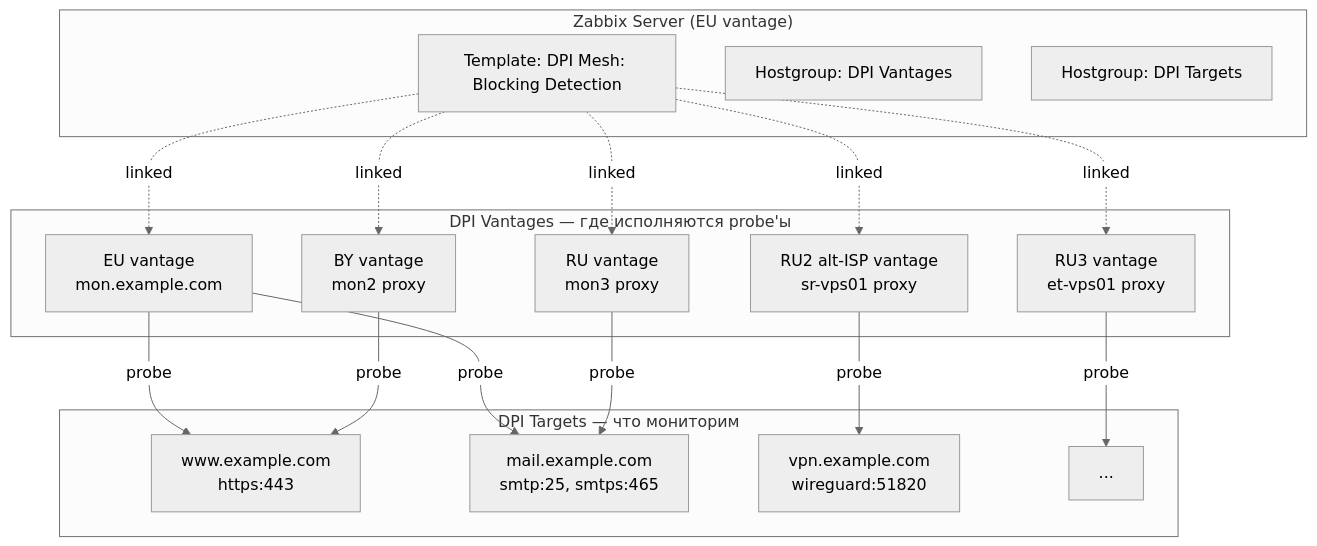
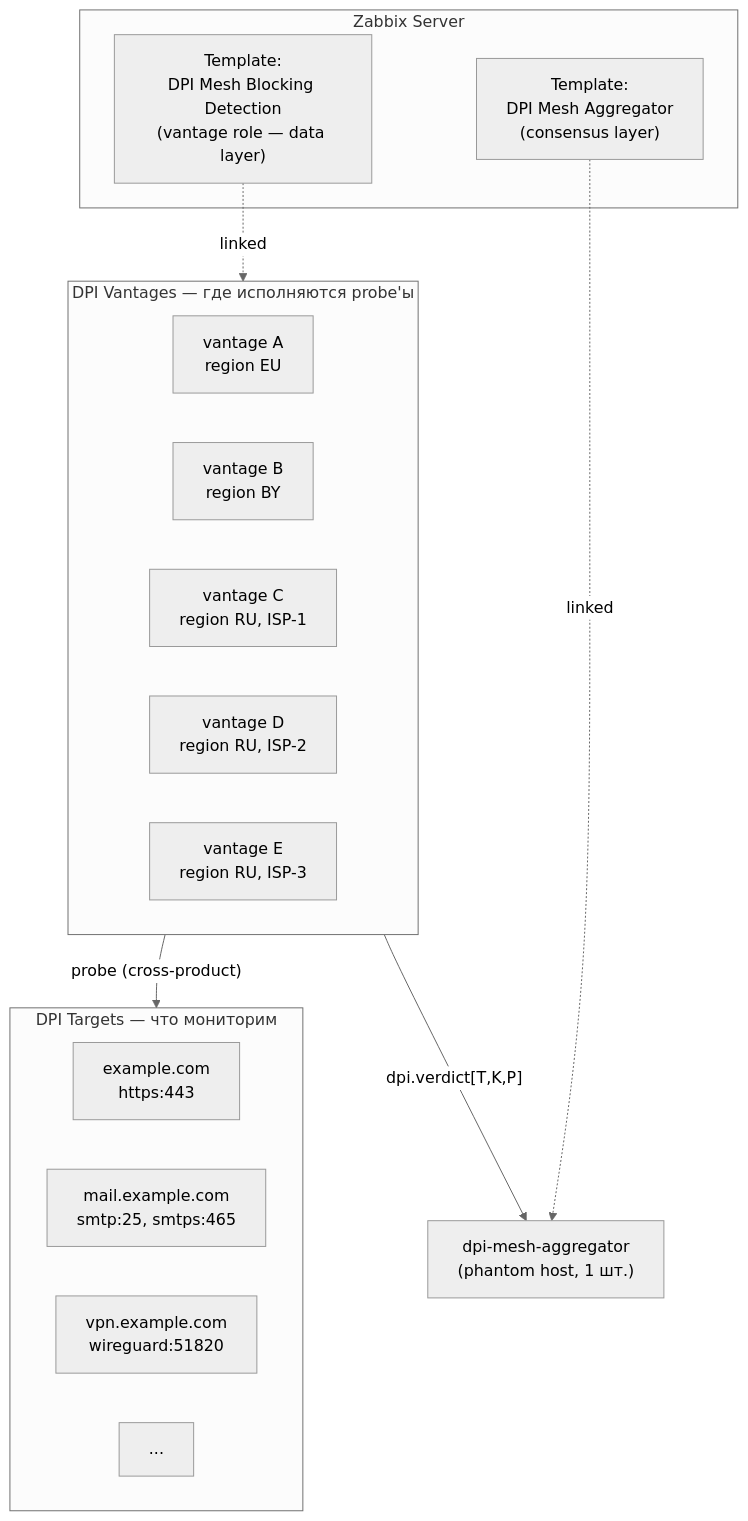
Before and after one commit to IT-for-Prof/zabbix-dpi-checker: the first of 3 diagrams in README.md, drawn with Mermaid (neutral theme). The commit also changed other lines of this file and 3 other files, not shown here.

````diff
--- a/README.md
+++ b/README.md
@@ -28,36 +46,29 @@
 ```mermaid
 flowchart TB
-    subgraph Server["Zabbix Server (EU vantage)"]
-        T[Template: DPI Mesh: Blocking Detection]
-        HG1[Hostgroup: DPI Vantages]
-        HG2[Hostgroup: DPI Targets]
+    subgraph Server["Zabbix Server"]
+        T1["Template:<br/>DPI Mesh Blocking Detection<br/>(vantage role — data layer)"]
+        T2["Template:<br/>DPI Mesh Aggregator<br/>(consensus layer)"]
     end
 
     subgraph Vantages["DPI Vantages — где исполняются probe'ы"]
-        V1[EU vantage<br/>mon.example.com]
-        V2[BY vantage<br/>mon2 proxy]
-        V3[RU vantage<br/>mon3 proxy]
-        V4[RU2 alt-ISP vantage<br/>sr-vps01 proxy]
-        V5[RU3 vantage<br/>et-vps01 proxy]
+        V1[vantage A<br/>region EU]
+        V2[vantage B<br/>region BY]
+        V3[vantage C<br/>region RU, ISP-1]
+        V4[vantage D<br/>region RU, ISP-2]
+        V5[vantage E<br/>region RU, ISP-3]
     end
 
     subgraph Targets["DPI Targets — что мониторим"]
-        TG1[www.example.com<br/>https:443]
+        TG1[example.com<br/>https:443]
         TG2[mail.example.com<br/>smtp:25, smtps:465]
         TG3[vpn.example.com<br/>wireguard:51820]
         TG4["..."]
     end
 
-    T -.linked.-> V1
-    T -.linked.-> V2
-    T -.linked.-> V3
-    T -.linked.-> V4
-    T -.linked.-> V5
+    Agg["dpi-mesh-aggregator<br/>(phantom host, 1 шт.)"]
 
-    V1 -- probe --> TG1
-    V1 -- probe --> TG2
-    V2 -- probe --> TG1
-    V3 -- probe --> TG2
-    V4 -- probe --> TG3
-    V5 -- probe --> TG4
+    T1 -.linked.-> Vantages
+    T2 -.linked.-> Agg
+    Vantages -- "probe (cross-product)" --> Targets
+    Vantages -- "dpi.verdict[T,K,P]" --> Agg
 ```
````
